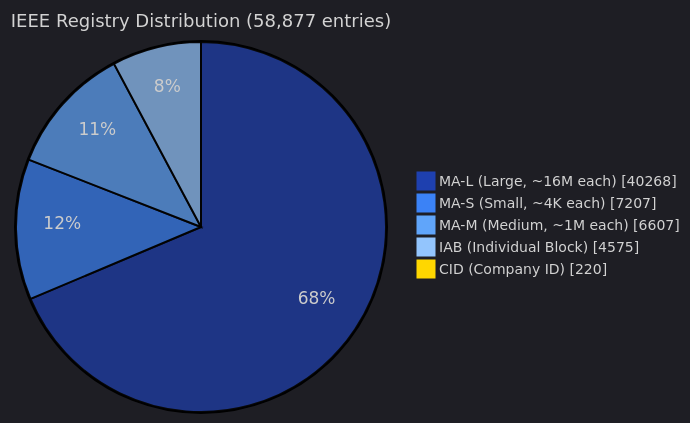
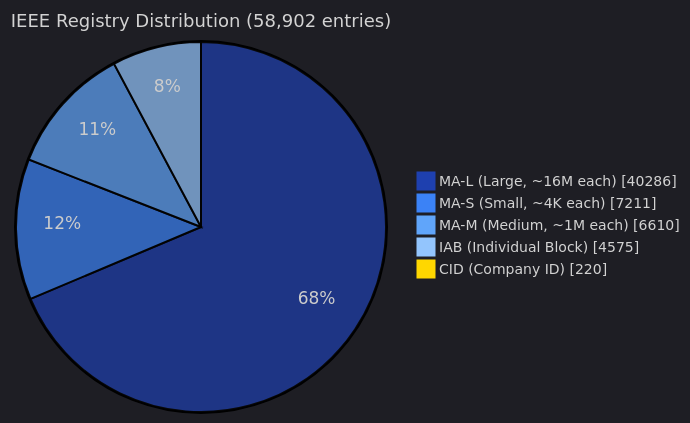
One commit to Ringmast4r/OUI-Master-Database changed the third of 5 diagrams in README.md. Above: the diagram before and after it, drawn with Mermaid. The commit also changed other lines of this file and 14 other files, not shown here.

````diff
--- a/README.md
+++ b/README.md
@@ -133,10 +133,10 @@
 ```mermaid
 %%{init: {'theme':'dark', 'themeVariables': {'pie1':'#1E40AF','pie2':'#3B82F6','pie3':'#60A5FA','pie4':'#93C5FD','pie5':'#FFD700','pieTitleTextSize':'18px','pieLegendTextSize':'14px'}}}%%
 pie showData
-    title IEEE Registry Distribution (58,877 entries)
-    "MA-L (Large, ~16M each)" : 40268
-    "MA-S (Small, ~4K each)" : 7207
-    "MA-M (Medium, ~1M each)" : 6607
+    title IEEE Registry Distribution (58,902 entries)
+    "MA-L (Large, ~16M each)" : 40286
+    "MA-S (Small, ~4K each)" : 7211
+    "MA-M (Medium, ~1M each)" : 6610
     "IAB (Individual Block)" : 4575
     "CID (Company ID)" : 220
 ```
````
